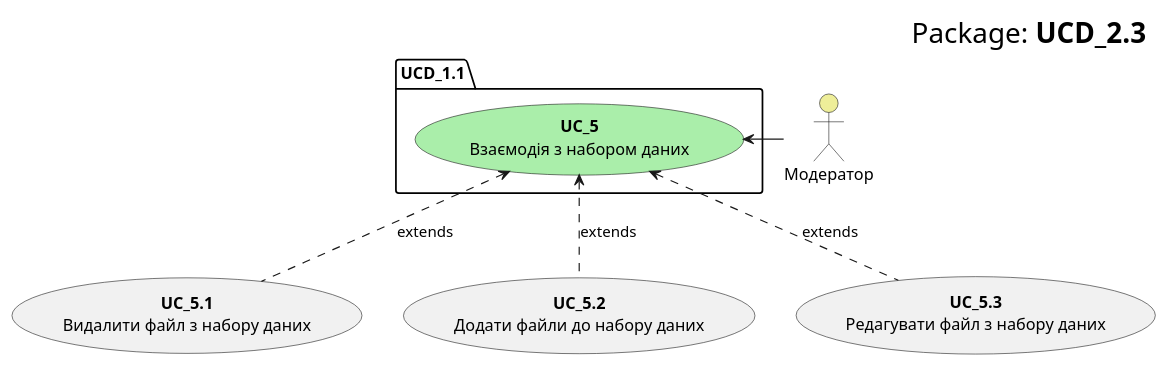
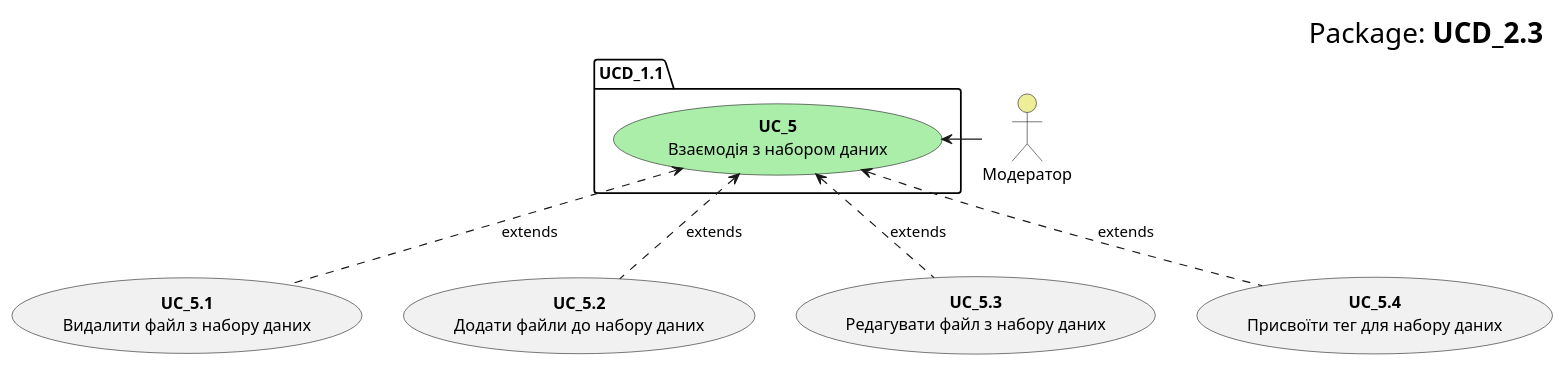
One commit to KarmazinN/db_open_data changed the diagram in src/uml/usecase25.puml. Above: the diagram before and after it, drawn with PlantUML.

```diff
--- a/src/uml/usecase25.puml
+++ b/src/uml/usecase25.puml
@@ -1,21 +1,23 @@
 @startuml
     right header
         <font size=24 color=black>Package:<b> UCD_2.3
     end header
 
     package UCD_1.1 {
         usecase "<b>UC_5</b>\nВзаємодія з набором даних" as UC_3 #aaeeaa
     }
     
     actor "Модератор" as Admin #eeee99
     Admin -l-> UC_3
     
     usecase "<b>UC_5.1</b>\nВидалити файл з набору даних" as UC_1.1
     usecase "<b>UC_5.2</b>\nДодати файли до набору даних" as UC_1.2
     usecase "<b>UC_5.3</b>\nРедагувати файл з набору даних" as UC_1.3
+    usecase "<b>UC_5.4</b>\nПрисвоїти тег для набору даних" as UC_1.4
     
     UC_1.1 .u.> UC_3: extends
     UC_1.2 .u.> UC_3: extends
     UC_1.3 .u.> UC_3: extends
+    UC_1.4 .u.> UC_3: extends
     
 @enduml
```
